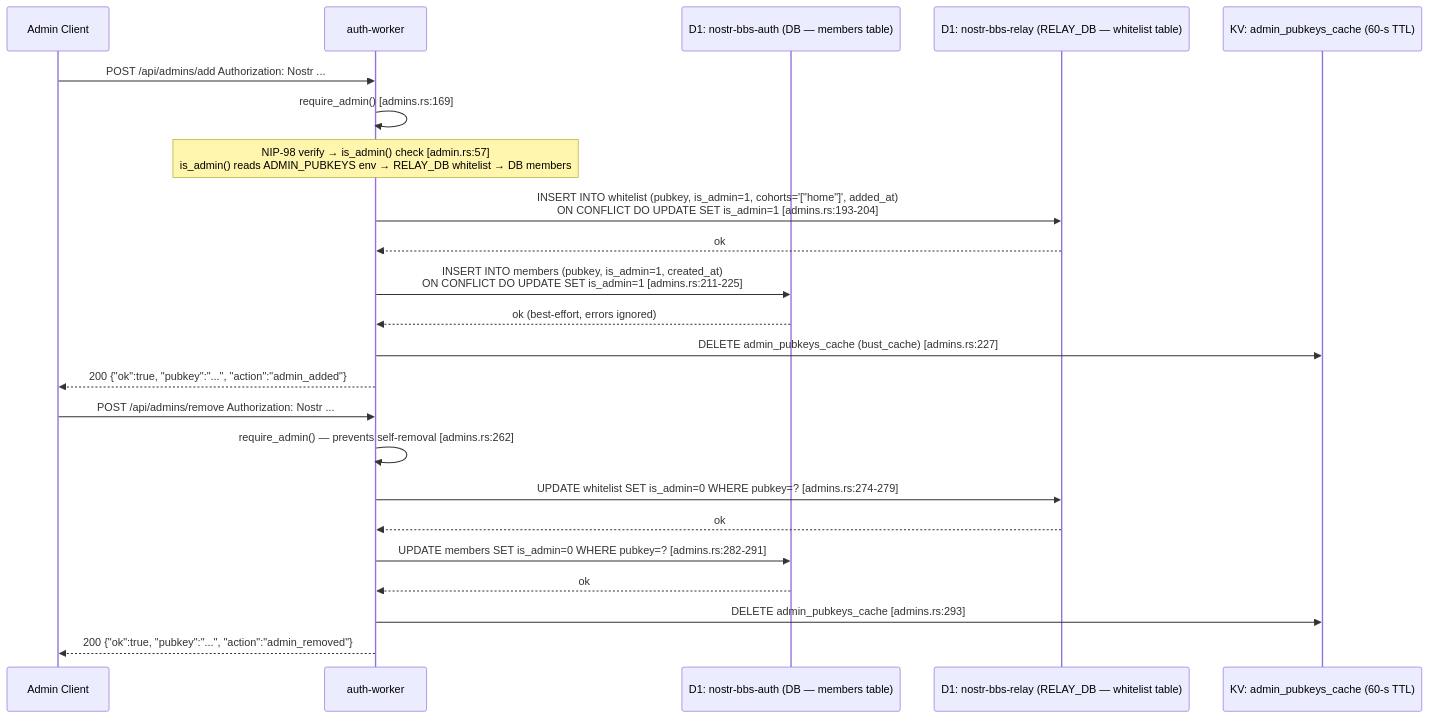
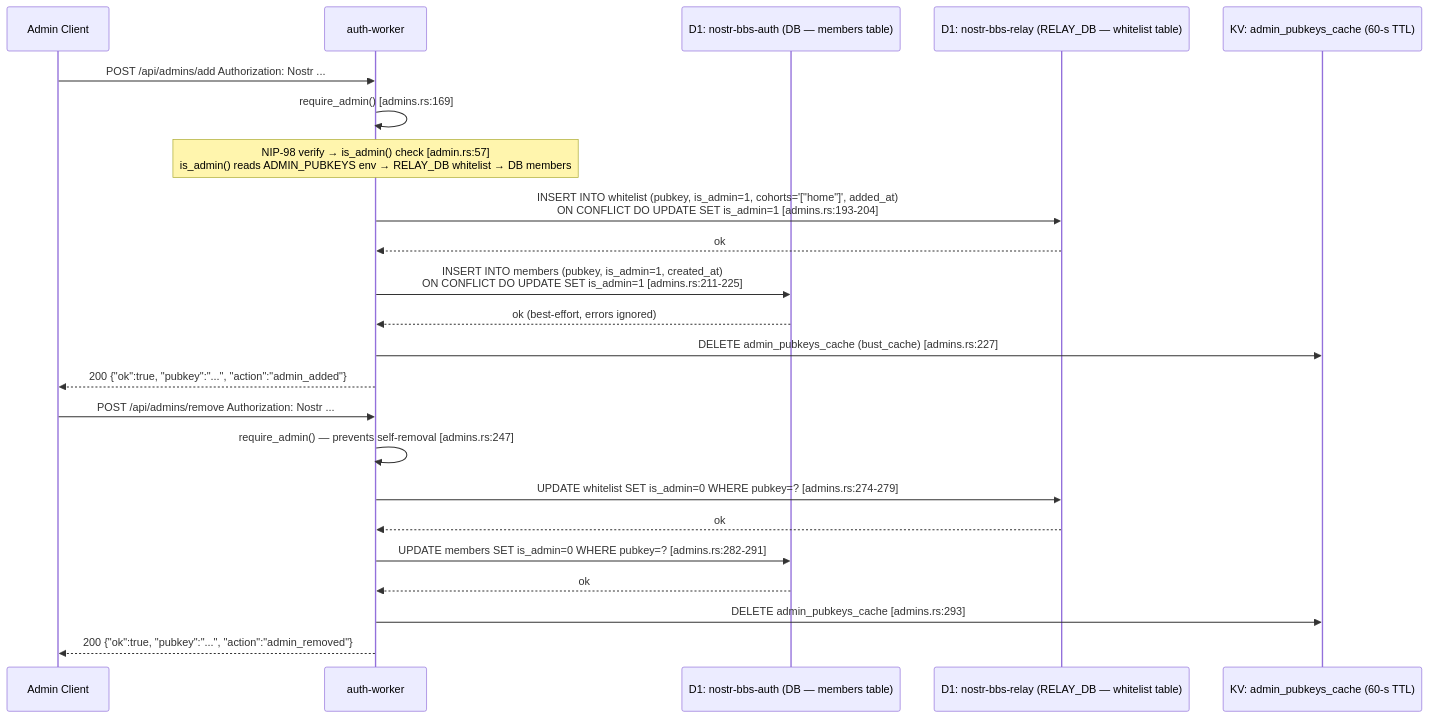
The second of 7 diagrams in docs/diagrams/auth-governance-flows.md (DreamLab-AI/nostr-rust-forum), drawn with Mermaid before and after one commit. The commit also changed other lines of this file and 5 other files, not shown here.

First line of the commit message:
docs(diagrams): verify mermaid diagrams against code; refresh drifted anchors and label known gaps

````diff
--- a/docs/diagrams/auth-governance-flows.md
+++ b/docs/diagrams/auth-governance-flows.md
@@ -77,30 +79,30 @@
 ```mermaid
 sequenceDiagram
     participant A as Admin Client
     participant W as auth-worker
     participant D1A as D1: nostr-bbs-auth (DB — members table)
     participant D1R as D1: nostr-bbs-relay (RELAY_DB — whitelist table)
     participant KV as KV: admin_pubkeys_cache (60-s TTL)
 
     A->>W: POST /api/admins/add  Authorization: Nostr ...
     W->>W: require_admin() [admins.rs:169]
     Note over W: NIP-98 verify → is_admin() check [admin.rs:57]<br/>is_admin() reads ADMIN_PUBKEYS env → RELAY_DB whitelist → DB members
 
     W->>D1R: INSERT INTO whitelist (pubkey, is_admin=1, cohorts='["home"]', added_at)<br/>ON CONFLICT DO UPDATE SET is_admin=1 [admins.rs:193-204]
     D1R-->>W: ok
 
     W->>D1A: INSERT INTO members (pubkey, is_admin=1, created_at)<br/>ON CONFLICT DO UPDATE SET is_admin=1 [admins.rs:211-225]
     D1A-->>W: ok (best-effort, errors ignored)
 
     W->>KV: DELETE admin_pubkeys_cache (bust_cache) [admins.rs:227]
     W-->>A: 200 {"ok":true, "pubkey":"...", "action":"admin_added"}
 
     A->>W: POST /api/admins/remove  Authorization: Nostr ...
-    W->>W: require_admin() — prevents self-removal [admins.rs:262]
+    W->>W: require_admin() — prevents self-removal [admins.rs:247]
     W->>D1R: UPDATE whitelist SET is_admin=0 WHERE pubkey=? [admins.rs:274-279]
     D1R-->>W: ok
     W->>D1A: UPDATE members SET is_admin=0 WHERE pubkey=? [admins.rs:282-291]
     D1A-->>W: ok
     W->>KV: DELETE admin_pubkeys_cache [admins.rs:293]
     W-->>A: 200 {"ok":true, "pubkey":"...", "action":"admin_removed"}
 ```
````
